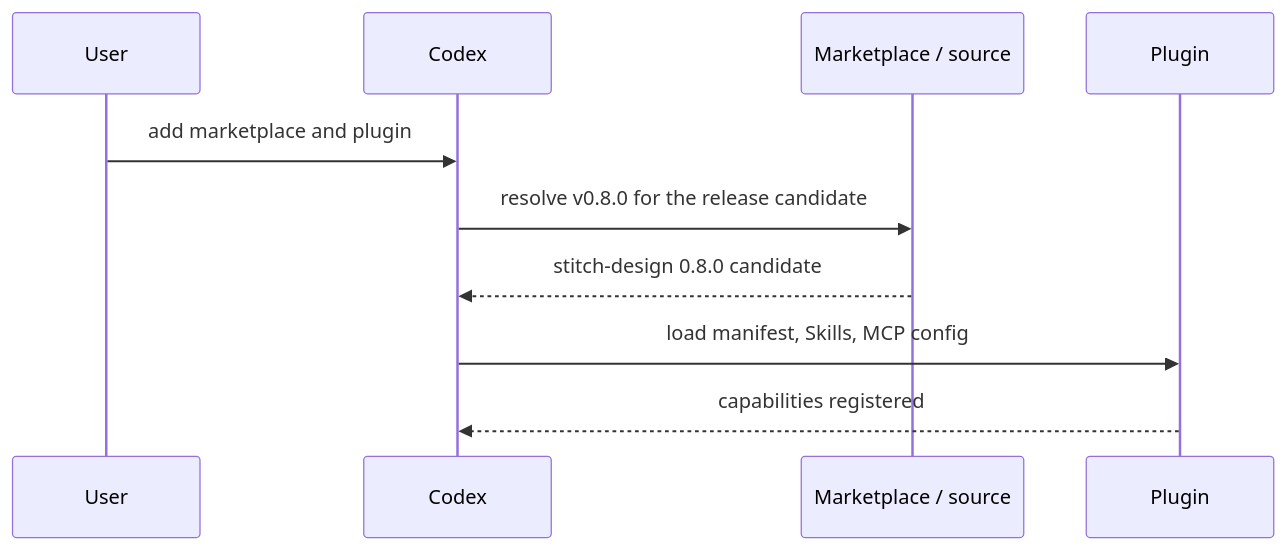
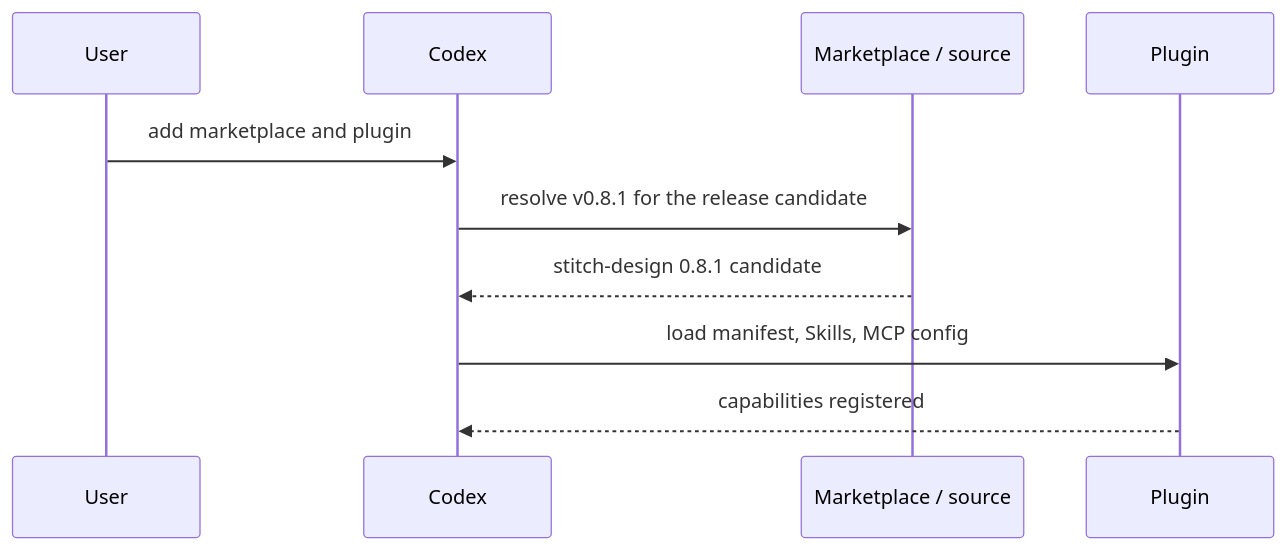
Before and after one commit to full-stack-plugins/stitch-design-plugin: the seventh of 11 diagrams in docs/Stitch-Design-Architecture.md, drawn with Mermaid. The commit also changed other lines of this file and 16 other files, not shown here.

````diff
--- a/docs/Stitch-Design-Architecture.md
+++ b/docs/Stitch-Design-Architecture.md
@@ -175,12 +175,12 @@
 ```mermaid
 sequenceDiagram
     participant U as User
     participant C as Codex
     participant M as Marketplace / source
     participant P as Plugin
     U->>C: add marketplace and plugin
-    C->>M: resolve v0.8.0 for the release candidate
-    M-->>C: stitch-design 0.8.0 candidate
+    C->>M: resolve v0.8.1 for the release candidate
+    M-->>C: stitch-design 0.8.1 candidate
     C->>P: load manifest, Skills, MCP config
     P-->>C: capabilities registered
 ```
````
